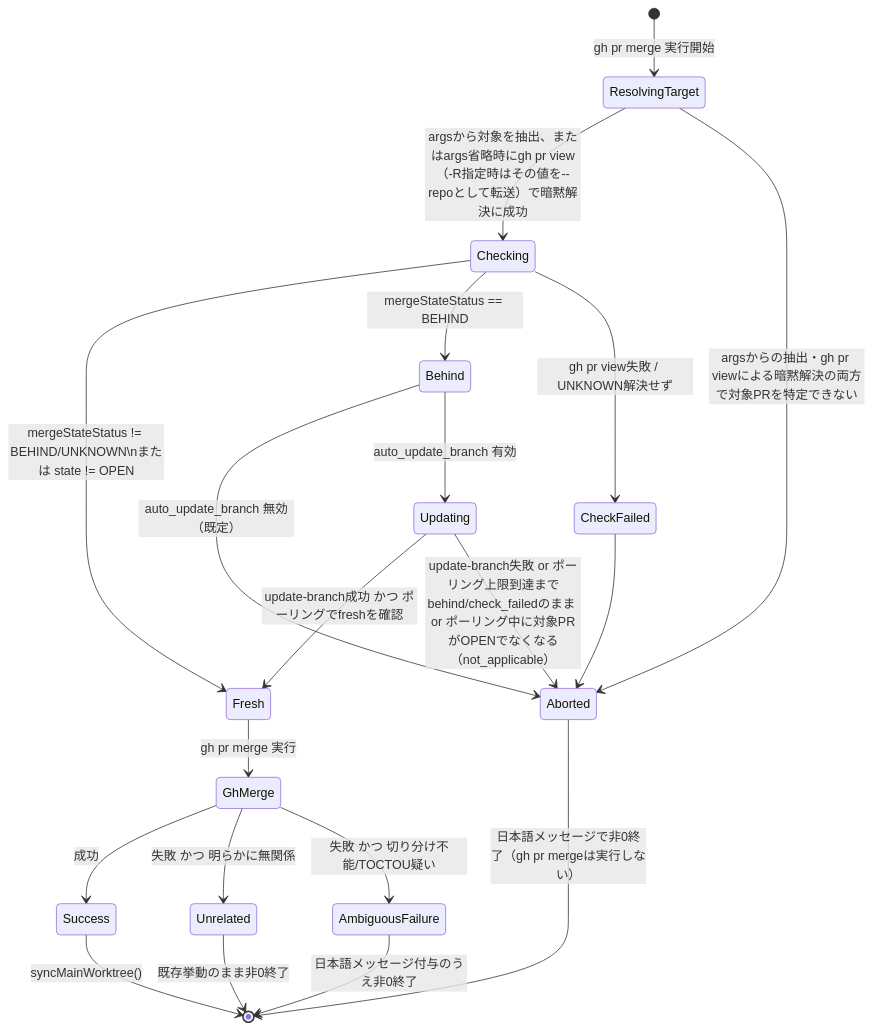
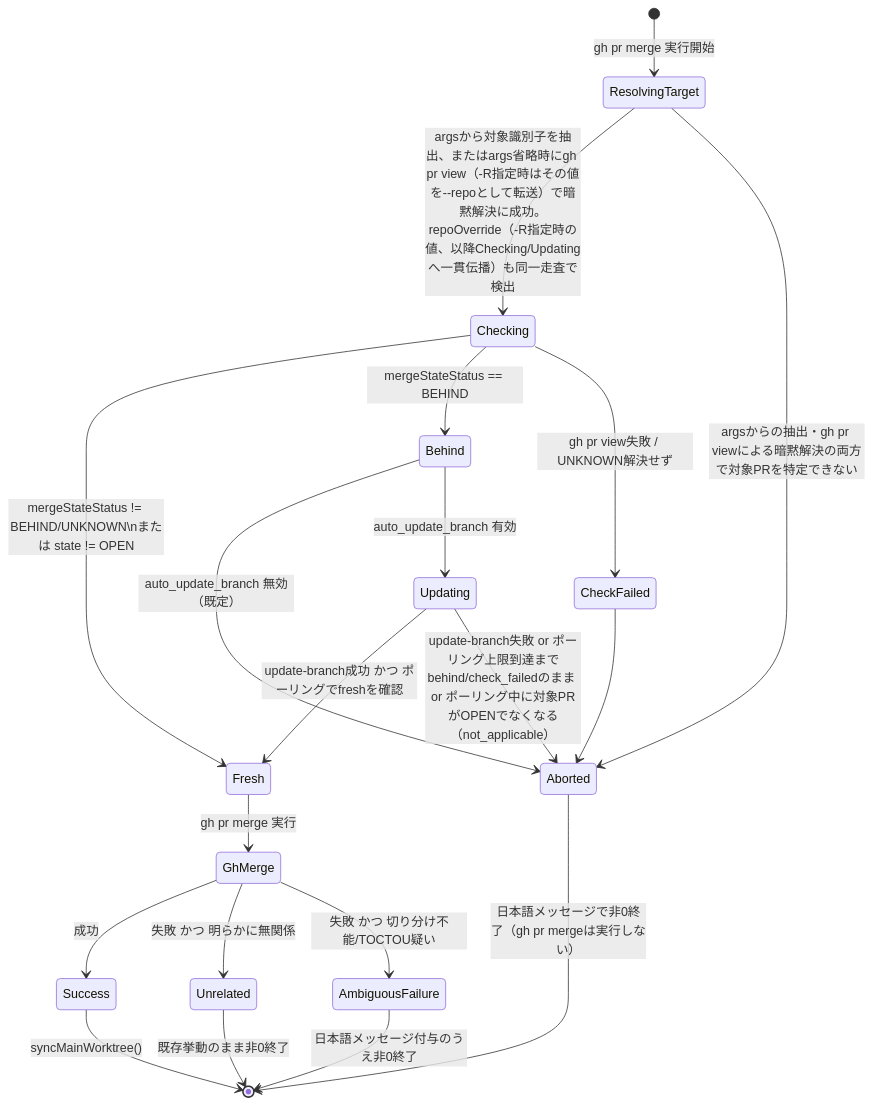
One commit to techbeansjp-free/AGENTS.md changed the diagram in DESIGN.md. Above: the diagram before and after it, drawn with Mermaid. The commit also changed other lines of this file and 1 other file, not shown here.

First line of the commit message:
design(#493): 8回目design-gateのblocking是正（repoOverrideをcheckFreshness/attemptUpdateBranchへ一貫伝播）

````diff
--- a/DESIGN.md
+++ b/DESIGN.md
@@ -63,22 +64,22 @@
 ```mermaid
 stateDiagram-v2
     [*] --> ResolvingTarget: gh pr merge 実行開始
-    ResolvingTarget --> Checking: argsから対象を抽出、またはargs省略時にgh pr view（-R指定時はその値を--repoとして転送）で暗黙解決に成功
+    ResolvingTarget --> Checking: argsから対象識別子を抽出、またはargs省略時にgh pr view（-R指定時はその値を--repoとして転送）で暗黙解決に成功。repoOverride（-R指定時の値、以降Checking/Updatingへ一貫伝播）も同一走査で検出
     ResolvingTarget --> Aborted: argsからの抽出・gh pr viewによる暗黙解決の両方で対象PRを特定できない
     Checking --> Fresh: mergeStateStatus != BEHIND/UNKNOWN\nまたは state != OPEN
     Checking --> Behind: mergeStateStatus == BEHIND
     Checking --> CheckFailed: gh pr view失敗 / UNKNOWN解決せず
     Behind --> Aborted: auto_update_branch 無効（既定）
     Behind --> Updating: auto_update_branch 有効
     Updating --> Fresh: update-branch成功 かつ ポーリングでfreshを確認
     Updating --> Aborted: update-branch失敗 or ポーリング上限到達までbehind/check_failedのまま or ポーリング中に対象PRがOPENでなくなる（not_applicable）
     CheckFailed --> Aborted
     Fresh --> GhMerge: gh pr merge 実行
     GhMerge --> Success: 成功
     GhMerge --> Unrelated: 失敗 かつ 明らかに無関係
     GhMerge --> AmbiguousFailure: 失敗 かつ 切り分け不能/TOCTOU疑い
     Success --> [*]: syncMainWorktree()
     Unrelated --> [*]: 既存挙動のまま非0終了
     AmbiguousFailure --> [*]: 日本語メッセージ付与のうえ非0終了
     Aborted --> [*]: 日本語メッセージで非0終了（gh pr mergeは実行しない）
 ```
````
